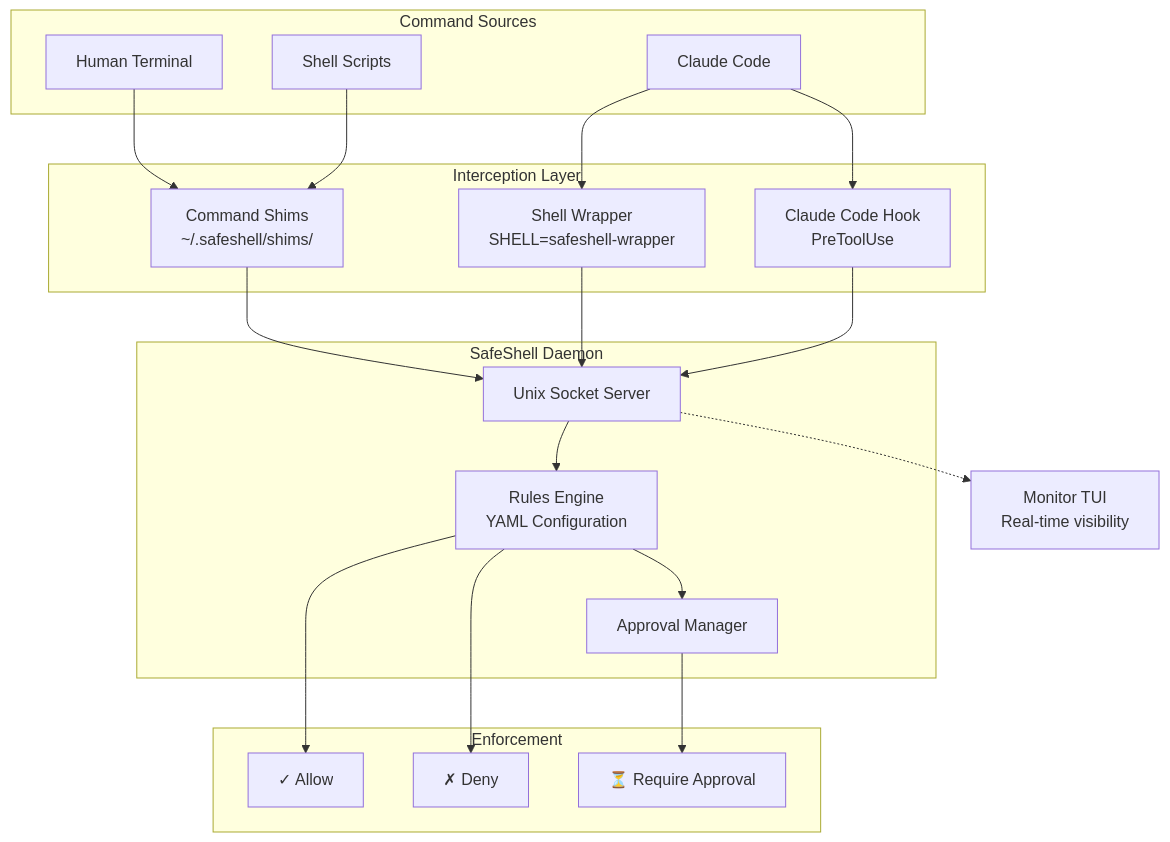
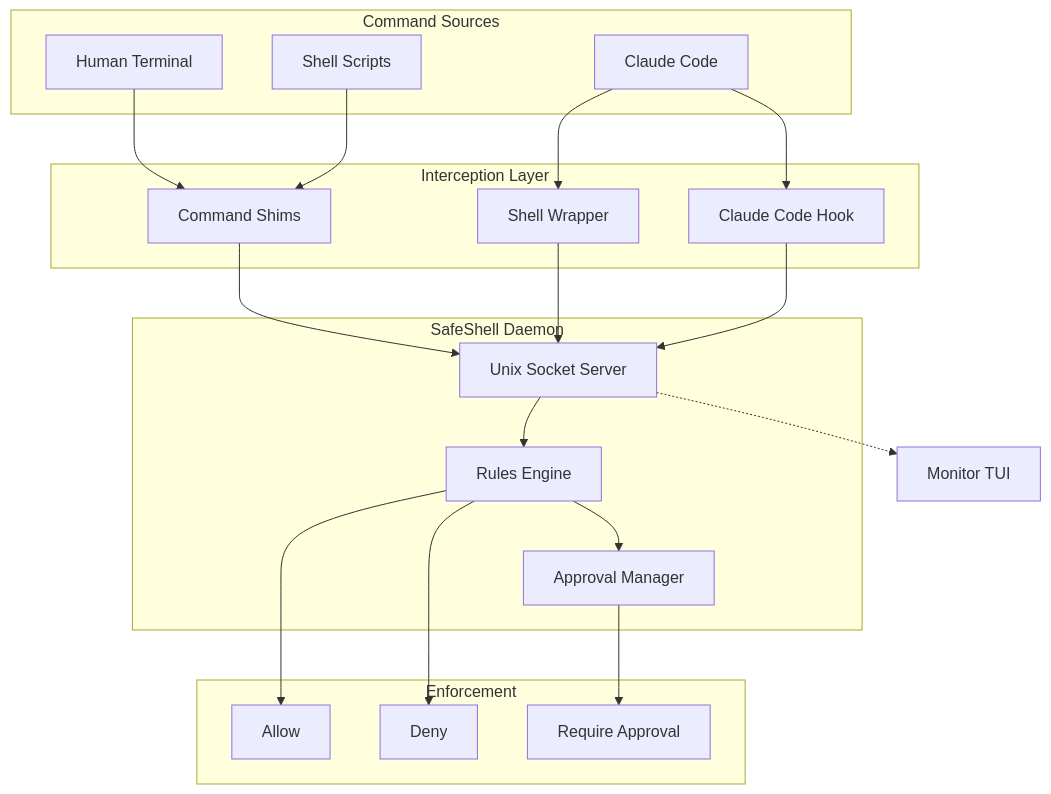
Before and after one commit to be-wise-be-kind/safeshell: the diagram in README.md, drawn with Mermaid.

Commit message:
fix: Simplify Mermaid diagram for better GitHub rendering
Remove special characters and <br/> tags that may interfere with
Mermaid rendering on GitHub.

🤖 Generated with [Claude Code](https://claude.com/claude-code)

````diff
--- a/README.md
+++ b/README.md
@@ -28,45 +28,45 @@
 ```mermaid
 flowchart TB
     subgraph Sources["Command Sources"]
         Human["Human Terminal"]
         Claude["Claude Code"]
         Scripts["Shell Scripts"]
     end
 
     subgraph Interception["Interception Layer"]
-        Shims["Command Shims<br/>~/.safeshell/shims/"]
-        Wrapper["Shell Wrapper<br/>SHELL=safeshell-wrapper"]
-        Hook["Claude Code Hook<br/>PreToolUse"]
+        Shims["Command Shims"]
+        Wrapper["Shell Wrapper"]
+        Hook["Claude Code Hook"]
     end
 
     subgraph Core["SafeShell Daemon"]
         Server["Unix Socket Server"]
-        Rules["Rules Engine<br/>YAML Configuration"]
+        Rules["Rules Engine"]
         Approval["Approval Manager"]
     end
 
     subgraph Actions["Enforcement"]
-        Allow["✓ Allow"]
-        Deny["✗ Deny"]
-        Require["⏳ Require Approval"]
+        Allow["Allow"]
+        Deny["Deny"]
+        Require["Require Approval"]
     end
 
-    Monitor["Monitor TUI<br/>Real-time visibility"]
+    Monitor["Monitor TUI"]
 
     Human --> Shims
     Claude --> Hook
     Claude --> Wrapper
     Scripts --> Shims
 
     Shims --> Server
     Wrapper --> Server
     Hook --> Server
 
     Server --> Rules
     Rules --> Allow
     Rules --> Deny
     Rules --> Approval
     Approval --> Require
 
     Server -.-> Monitor
 ```
````
